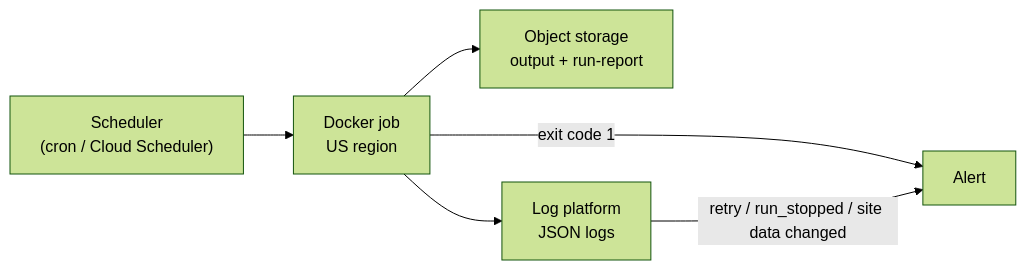
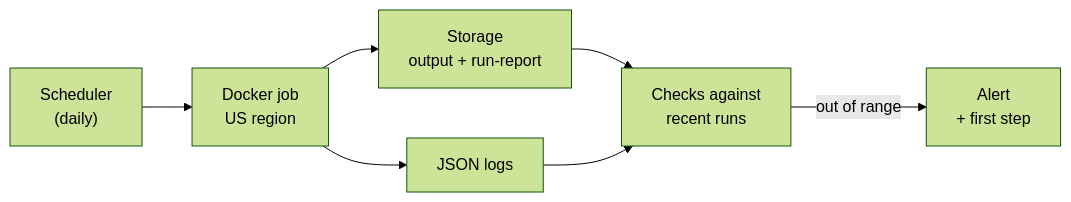
Before and after one commit to RLFreddy/retail-acquisition-engine: the second of 3 diagrams in DOCUMENTATION.md, drawn with Mermaid (forest theme). The commit also changed other lines of this file and 1 other file, not shown here.

````diff
--- a/DOCUMENTATION.md
+++ b/DOCUMENTATION.md
@@ -223,8 +295,8 @@
 ```mermaid
 flowchart LR
-    S["Scheduler<br/>(cron / Cloud Scheduler)"] --> J["Docker job<br/>US region"]
-    J --> O["Object storage<br/>output + run-report"]
-    J --> L["Log platform<br/>JSON logs"]
-    J -- "exit code 1" --> A["Alert"]
-    L -- "retry / run_stopped / site data changed" --> A
+    S["Scheduler<br/>(daily)"] --> J["Docker job<br/>US region"]
+    J --> O["Storage<br/>output + run-report"]
+    J --> L["JSON logs"]
+    O & L --> M["Checks against<br/>recent runs"]
+    M -- "out of range" --> A["Alert<br/>+ first step"]
 ```
````
